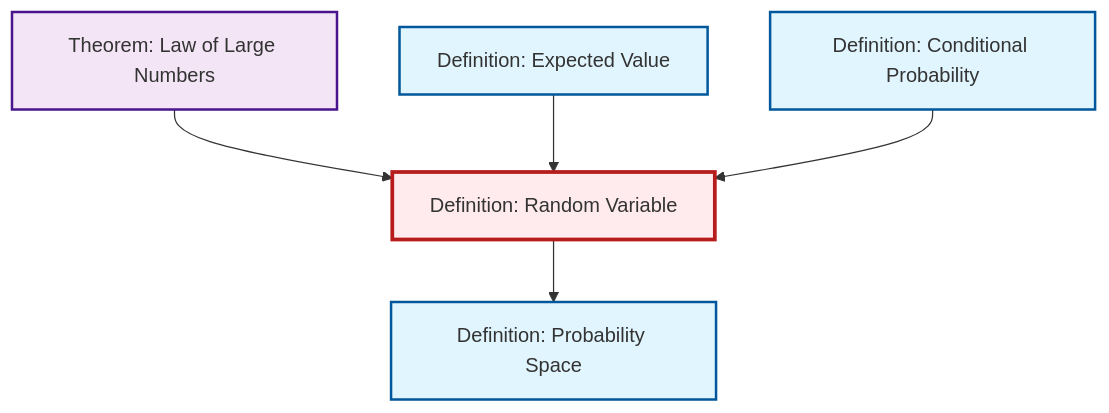
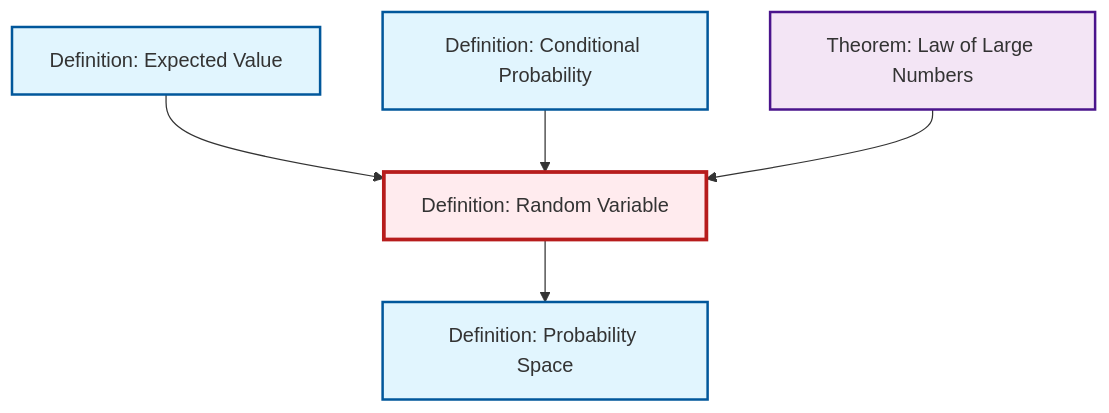
The diagram in output/mermaid/def-random-variable.mermaid (RK0429/ModernMath), drawn with Mermaid before and after one commit. The commit also changed other lines of this file and 1111 other files, not shown here.

````diff
--- a/output/mermaid/def-random-variable.mermaid
+++ b/output/mermaid/def-random-variable.mermaid
@@ -1,19 +1,19 @@
 ```{mermaid}
 %%| fig-cap: "Local dependency graph"
 graph TD
     classDef definition fill:#e1f5fe,stroke:#01579b,stroke-width:2px
     classDef theorem fill:#f3e5f5,stroke:#4a148c,stroke-width:2px
     classDef axiom fill:#fff3e0,stroke:#e65100,stroke-width:2px
     classDef example fill:#e8f5e9,stroke:#1b5e20,stroke-width:2px
     classDef current fill:#ffebee,stroke:#b71c1c,stroke-width:3px
+    def-probability-space["Definition: Probability Space"]:::definition
+    thm-law-of-large-numbers["Theorem: Law of Large Numbers"]:::theorem
+    def-expectation["Definition: Expected Value"]:::definition
     def-random-variable["Definition: Random Variable"]:::definition
-    def-probability-space["Definition: Probability Space"]:::definition
-    def-expectation["Definition: Expected Value"]:::definition
-    thm-law-of-large-numbers["Theorem: Law of Large Numbers"]:::theorem
     def-conditional-probability["Definition: Conditional Probability"]:::definition
+    def-expectation --> def-random-variable
+    def-conditional-probability --> def-random-variable
+    def-random-variable --> def-probability-space
     thm-law-of-large-numbers --> def-random-variable
-    def-expectation --> def-random-variable
-    def-random-variable --> def-probability-space
-    def-conditional-probability --> def-random-variable
     class def-random-variable current
 ```
````
